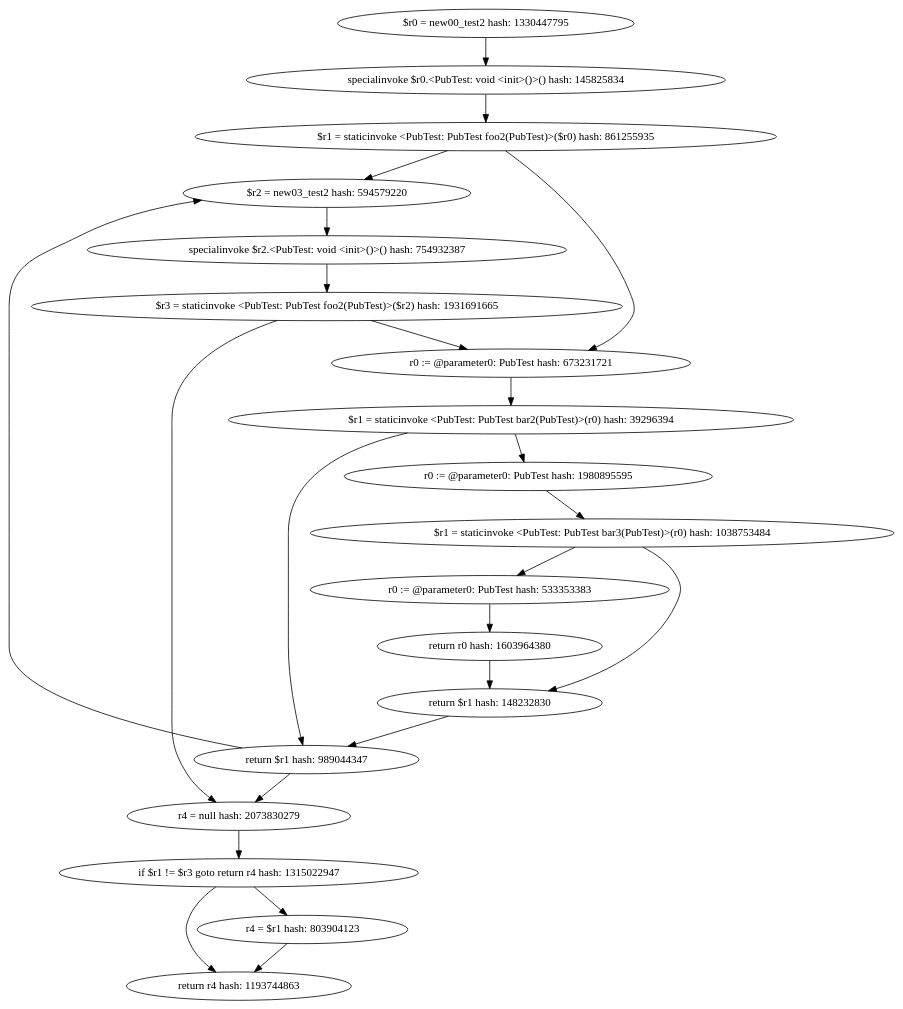
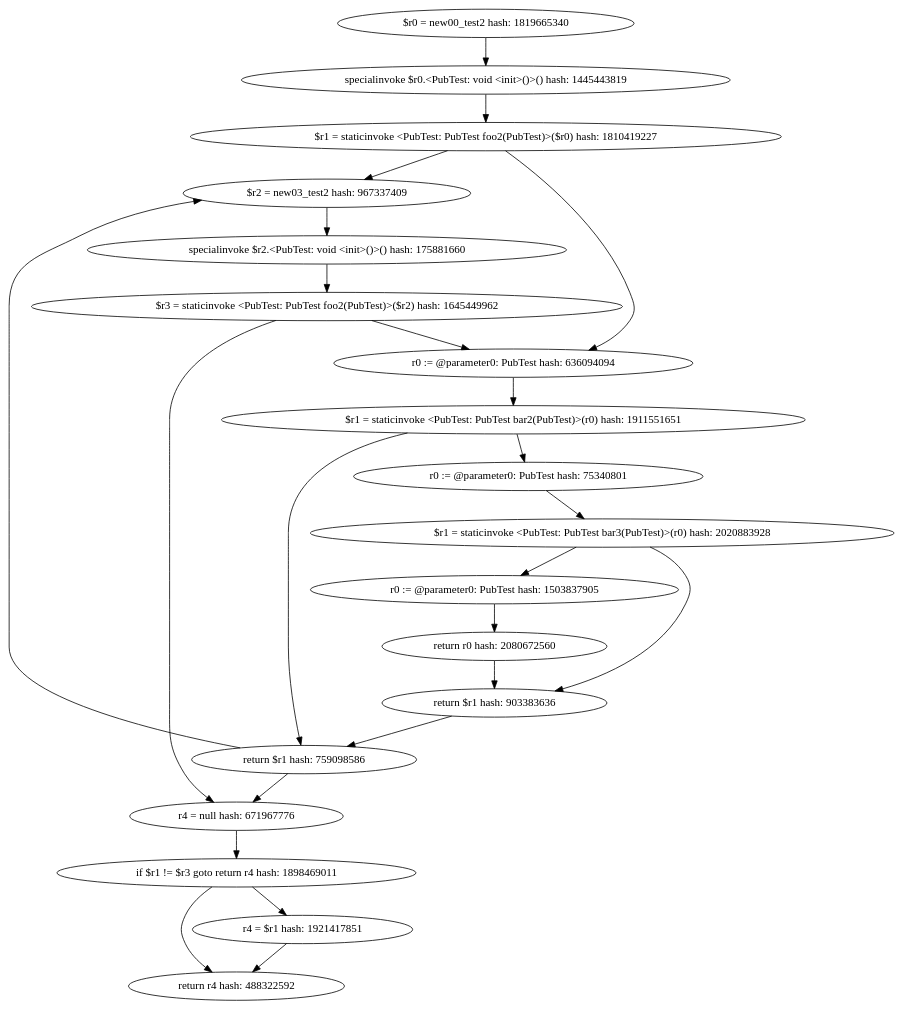
One commit to khushit-shah/PointsToAnalysisJava changed the diagram in target1-pub/PubTest.test2.intra.debug.dot. Above: the diagram before and after it, drawn with Graphviz. The commit also changed 94 other files, not shown here.

```diff
--- a/target1-pub/PubTest.test2.intra.debug.dot
+++ b/target1-pub/PubTest.test2.intra.debug.dot
@@ -1,43 +1,43 @@
 digraph "./target1-pub/PubTest.test2.intra.debug" {
-    "$r0 = new00_test2 hash: 1330447795";
-    "specialinvoke $r0.<PubTest: void <init>()>() hash: 145825834";
-    "$r1 = staticinvoke <PubTest: PubTest foo2(PubTest)>($r0) hash: 861255935";
-    "$r2 = new03_test2 hash: 594579220";
-    "specialinvoke $r2.<PubTest: void <init>()>() hash: 754932387";
-    "$r3 = staticinvoke <PubTest: PubTest foo2(PubTest)>($r2) hash: 1931691665";
-    "r4 = null hash: 2073830279";
-    "if $r1 != $r3 goto return r4 hash: 1315022947";
-    "r4 = $r1 hash: 803904123";
-    "return r4 hash: 1193744863";
-    "r0 := @parameter0: PubTest hash: 673231721";
-    "$r1 = staticinvoke <PubTest: PubTest bar2(PubTest)>(r0) hash: 39296394";
-    "return $r1 hash: 989044347";
-    "r0 := @parameter0: PubTest hash: 1980895595";
-    "$r1 = staticinvoke <PubTest: PubTest bar3(PubTest)>(r0) hash: 1038753484";
-    "return $r1 hash: 148232830";
-    "r0 := @parameter0: PubTest hash: 533353383";
-    "return r0 hash: 1603964380";
-    "$r0 = new00_test2 hash: 1330447795"->"specialinvoke $r0.<PubTest: void <init>()>() hash: 145825834";
-    "specialinvoke $r0.<PubTest: void <init>()>() hash: 145825834"->"$r1 = staticinvoke <PubTest: PubTest foo2(PubTest)>($r0) hash: 861255935";
-    "$r1 = staticinvoke <PubTest: PubTest foo2(PubTest)>($r0) hash: 861255935"->"$r2 = new03_test2 hash: 594579220";
-    "$r1 = staticinvoke <PubTest: PubTest foo2(PubTest)>($r0) hash: 861255935"->"r0 := @parameter0: PubTest hash: 673231721";
-    "$r2 = new03_test2 hash: 594579220"->"specialinvoke $r2.<PubTest: void <init>()>() hash: 754932387";
-    "specialinvoke $r2.<PubTest: void <init>()>() hash: 754932387"->"$r3 = staticinvoke <PubTest: PubTest foo2(PubTest)>($r2) hash: 1931691665";
-    "$r3 = staticinvoke <PubTest: PubTest foo2(PubTest)>($r2) hash: 1931691665"->"r4 = null hash: 2073830279";
-    "$r3 = staticinvoke <PubTest: PubTest foo2(PubTest)>($r2) hash: 1931691665"->"r0 := @parameter0: PubTest hash: 673231721";
-    "r4 = null hash: 2073830279"->"if $r1 != $r3 goto return r4 hash: 1315022947";
-    "if $r1 != $r3 goto return r4 hash: 1315022947"->"r4 = $r1 hash: 803904123";
-    "if $r1 != $r3 goto return r4 hash: 1315022947"->"return r4 hash: 1193744863";
-    "r4 = $r1 hash: 803904123"->"return r4 hash: 1193744863";
-    "r0 := @parameter0: PubTest hash: 673231721"->"$r1 = staticinvoke <PubTest: PubTest bar2(PubTest)>(r0) hash: 39296394";
-    "$r1 = staticinvoke <PubTest: PubTest bar2(PubTest)>(r0) hash: 39296394"->"return $r1 hash: 989044347";
-    "$r1 = staticinvoke <PubTest: PubTest bar2(PubTest)>(r0) hash: 39296394"->"r0 := @parameter0: PubTest hash: 1980895595";
-    "return $r1 hash: 989044347"->"$r2 = new03_test2 hash: 594579220";
-    "return $r1 hash: 989044347"->"r4 = null hash: 2073830279";
-    "r0 := @parameter0: PubTest hash: 1980895595"->"$r1 = staticinvoke <PubTest: PubTest bar3(PubTest)>(r0) hash: 1038753484";
-    "$r1 = staticinvoke <PubTest: PubTest bar3(PubTest)>(r0) hash: 1038753484"->"return $r1 hash: 148232830";
-    "$r1 = staticinvoke <PubTest: PubTest bar3(PubTest)>(r0) hash: 1038753484"->"r0 := @parameter0: PubTest hash: 533353383";
-    "return $r1 hash: 148232830"->"return $r1 hash: 989044347";
-    "r0 := @parameter0: PubTest hash: 533353383"->"return r0 hash: 1603964380";
-    "return r0 hash: 1603964380"->"return $r1 hash: 148232830";
+    "$r0 = new00_test2 hash: 1819665340";
+    "specialinvoke $r0.<PubTest: void <init>()>() hash: 1445443819";
+    "$r1 = staticinvoke <PubTest: PubTest foo2(PubTest)>($r0) hash: 1810419227";
+    "$r2 = new03_test2 hash: 967337409";
+    "specialinvoke $r2.<PubTest: void <init>()>() hash: 175881660";
+    "$r3 = staticinvoke <PubTest: PubTest foo2(PubTest)>($r2) hash: 1645449962";
+    "r4 = null hash: 671967776";
+    "if $r1 != $r3 goto return r4 hash: 1898469011";
+    "r4 = $r1 hash: 1921417851";
+    "return r4 hash: 488322592";
+    "r0 := @parameter0: PubTest hash: 636094094";
+    "$r1 = staticinvoke <PubTest: PubTest bar2(PubTest)>(r0) hash: 1911551651";
+    "return $r1 hash: 759098586";
+    "r0 := @parameter0: PubTest hash: 75340801";
+    "$r1 = staticinvoke <PubTest: PubTest bar3(PubTest)>(r0) hash: 2020883928";
+    "return $r1 hash: 903383636";
+    "r0 := @parameter0: PubTest hash: 1503837905";
+    "return r0 hash: 2080672560";
+    "$r0 = new00_test2 hash: 1819665340"->"specialinvoke $r0.<PubTest: void <init>()>() hash: 1445443819";
+    "specialinvoke $r0.<PubTest: void <init>()>() hash: 1445443819"->"$r1 = staticinvoke <PubTest: PubTest foo2(PubTest)>($r0) hash: 1810419227";
+    "$r1 = staticinvoke <PubTest: PubTest foo2(PubTest)>($r0) hash: 1810419227"->"r0 := @parameter0: PubTest hash: 636094094";
+    "$r1 = staticinvoke <PubTest: PubTest foo2(PubTest)>($r0) hash: 1810419227"->"$r2 = new03_test2 hash: 967337409";
+    "$r2 = new03_test2 hash: 967337409"->"specialinvoke $r2.<PubTest: void <init>()>() hash: 175881660";
+    "specialinvoke $r2.<PubTest: void <init>()>() hash: 175881660"->"$r3 = staticinvoke <PubTest: PubTest foo2(PubTest)>($r2) hash: 1645449962";
+    "$r3 = staticinvoke <PubTest: PubTest foo2(PubTest)>($r2) hash: 1645449962"->"r0 := @parameter0: PubTest hash: 636094094";
+    "$r3 = staticinvoke <PubTest: PubTest foo2(PubTest)>($r2) hash: 1645449962"->"r4 = null hash: 671967776";
+    "r4 = null hash: 671967776"->"if $r1 != $r3 goto return r4 hash: 1898469011";
+    "if $r1 != $r3 goto return r4 hash: 1898469011"->"r4 = $r1 hash: 1921417851";
+    "if $r1 != $r3 goto return r4 hash: 1898469011"->"return r4 hash: 488322592";
+    "r4 = $r1 hash: 1921417851"->"return r4 hash: 488322592";
+    "r0 := @parameter0: PubTest hash: 636094094"->"$r1 = staticinvoke <PubTest: PubTest bar2(PubTest)>(r0) hash: 1911551651";
+    "$r1 = staticinvoke <PubTest: PubTest bar2(PubTest)>(r0) hash: 1911551651"->"r0 := @parameter0: PubTest hash: 75340801";
+    "$r1 = staticinvoke <PubTest: PubTest bar2(PubTest)>(r0) hash: 1911551651"->"return $r1 hash: 759098586";
+    "return $r1 hash: 759098586"->"$r2 = new03_test2 hash: 967337409";
+    "return $r1 hash: 759098586"->"r4 = null hash: 671967776";
+    "r0 := @parameter0: PubTest hash: 75340801"->"$r1 = staticinvoke <PubTest: PubTest bar3(PubTest)>(r0) hash: 2020883928";
+    "$r1 = staticinvoke <PubTest: PubTest bar3(PubTest)>(r0) hash: 2020883928"->"r0 := @parameter0: PubTest hash: 1503837905";
+    "$r1 = staticinvoke <PubTest: PubTest bar3(PubTest)>(r0) hash: 2020883928"->"return $r1 hash: 903383636";
+    "return $r1 hash: 903383636"->"return $r1 hash: 759098586";
+    "r0 := @parameter0: PubTest hash: 1503837905"->"return r0 hash: 2080672560";
+    "return r0 hash: 2080672560"->"return $r1 hash: 903383636";
 }
```
